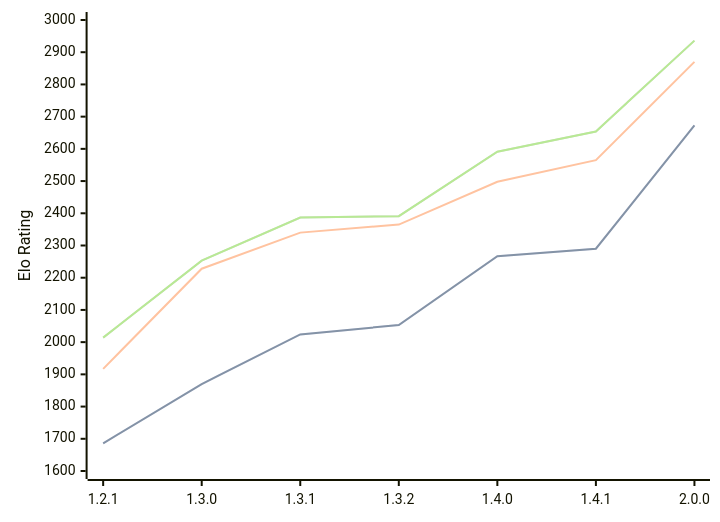
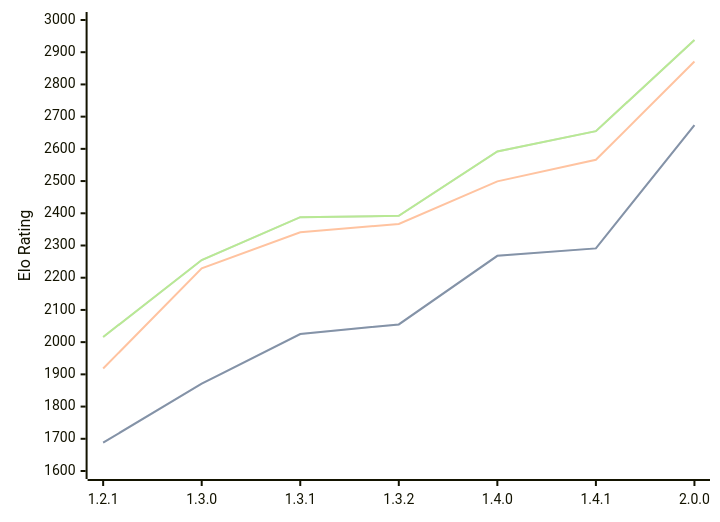
The diagram in engines/Chal.md (computer-chess-index/cci), drawn with Mermaid before and after one commit. The commit also changed other lines of this file, not shown here.

Commit message:
Update CCI Ratings (ELO VLTC) - 2026-10-09

````diff
--- a/engines/Chal.md
+++ b/engines/Chal.md
@@ -37,11 +37,11 @@
 ```mermaid
 %%{init: {"theme":"base","themeVariables":{"seriesColors:['#a3a3a3','#222221','#faa371']}}}%%
 xychart-beta
   x-axis ["1.2.1", "1.3.0", "1.3.1", "1.3.2", "1.4.0", "1.4.1", "2.0.0"]
   y-axis "Elo Rating" 1600 --> 3000
-  line "" [1686, 1870, 2024, 2053, 2267, 2290, 2673]
-  line "STC (8.0+0.08s)" [1686, 1870, 2024, 2053, 2267, 2290, 2673]
-  line "LTC (60.0+0.60s)" [1917, 2228, 2340, 2365, 2498, 2565, 2870]
-  line "" [2014, 2253, 2387, 2391, 2591, 2654, 2936]
-  line "VLTC (2m24s+1.12s)" [2014, 2253, 2387, 2391, 2591, 2654, 2936]
+  line "" [1688, 1871, 2025, 2055, 2268, 2291, 2674]
+  line "STC (8.0+0.08s)" [1688, 1871, 2025, 2055, 2268, 2291, 2674]
+  line "LTC (60.0+0.60s)" [1918, 2229, 2341, 2367, 2499, 2566, 2871]
+  line "" [2016, 2255, 2388, 2392, 2592, 2655, 2938]
+  line "VLTC (2m24s+1.12s)" [2016, 2255, 2388, 2392, 2592, 2655, 2938]
 ```
````
